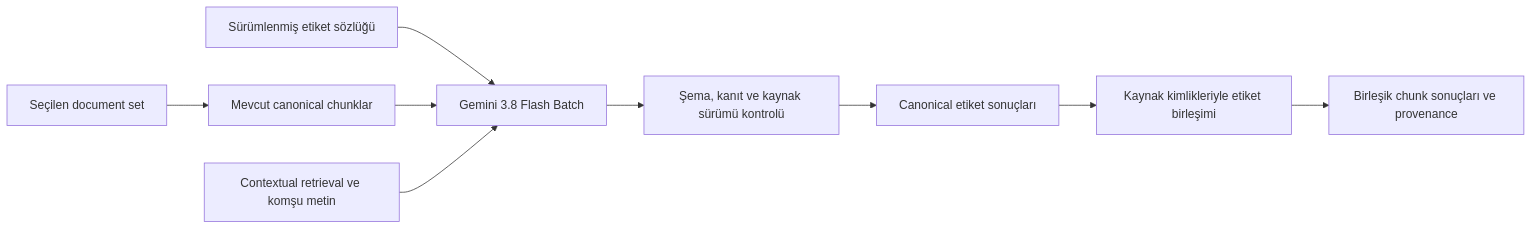
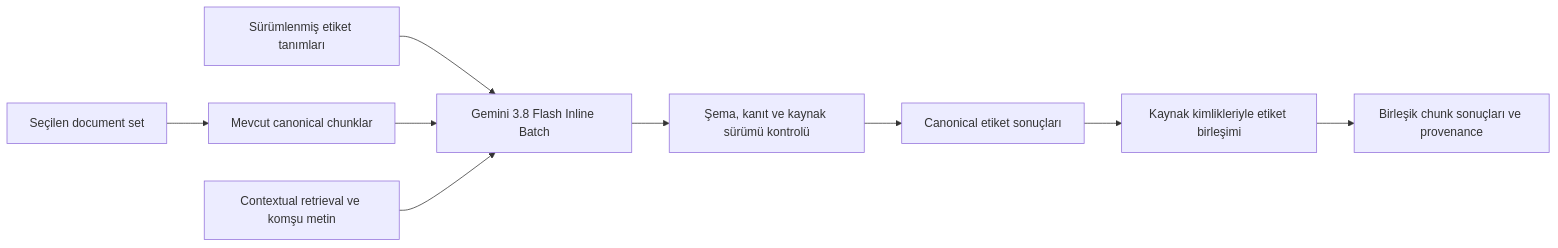
Before and after one commit to atezsoftware/customs-regulations-chatbot: the diagram in deployment/CHUNK_LABELING_TR.md, drawn with Mermaid. The commit also changed other lines of this file, not shown here.

Commit message:
Document Gemini inline labeling setup and credential isolation

````diff
--- a/deployment/CHUNK_LABELING_TR.md
+++ b/deployment/CHUNK_LABELING_TR.md
@@ -31,11 +31,11 @@
 ```mermaid
 flowchart LR
     S[Seçilen document set] --> C[Mevcut canonical chunklar]
-    T[Sürümlenmiş etiket sözlüğü] --> B[Gemini 3.8 Flash Batch]
+    T[Sürümlenmiş etiket tanımları] --> B[Gemini 3.8 Flash Inline Batch]
     C --> B
     X[Contextual retrieval ve komşu metin] --> B
     B --> V[Şema, kanıt ve kaynak sürümü kontrolü]
     V --> L[Canonical etiket sonuçları]
     L --> U[Kaynak kimlikleriyle etiket birleşimi]
     U --> D[Birleşik chunk sonuçları ve provenance]
 ```
````
